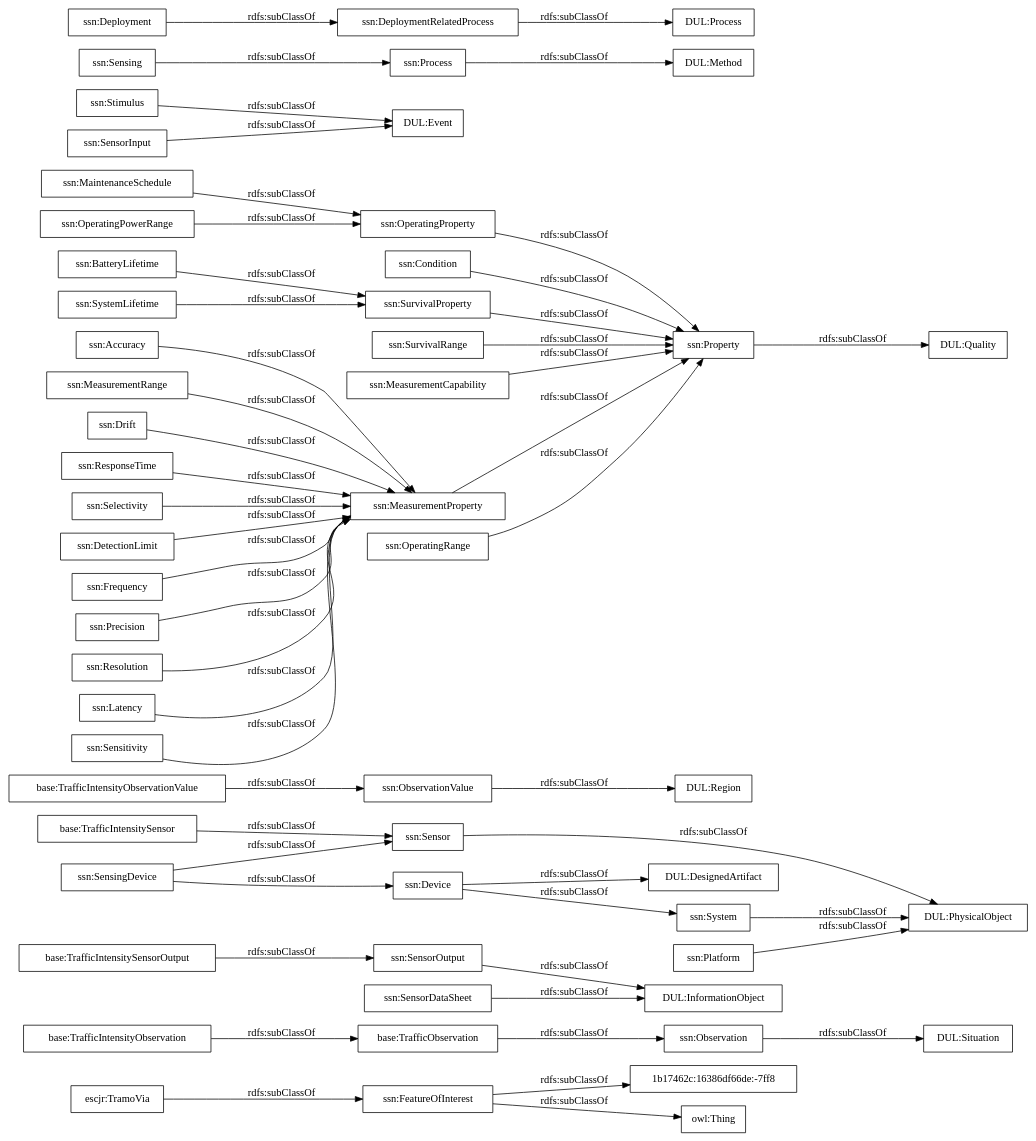
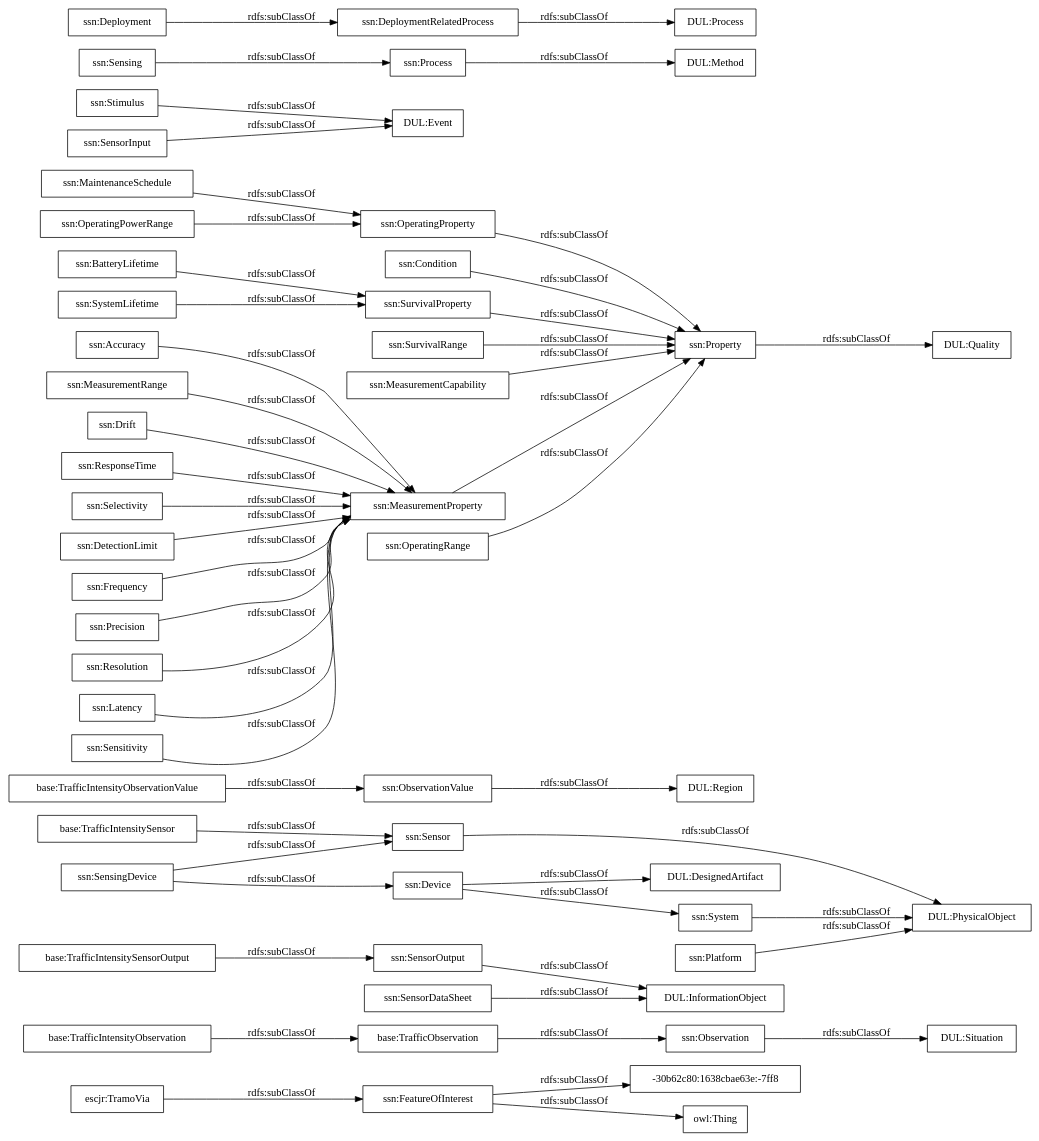
Before and after one commit to ma-garcia/visualization: the diagram in OnToology/transporte-trafico-tiempo-real/trafico.owl/diagrams/ar2dtool-taxonomy/trafico.owl.png.dot, drawn with Graphviz. The commit also changed 21 other files, not shown here.

```diff
--- a/OnToology/transporte-trafico-tiempo-real/trafico.owl/diagrams/ar2dtool-taxonomy/trafico.owl.png.dot
+++ b/OnToology/transporte-trafico-tiempo-real/trafico.owl/diagrams/ar2dtool-taxonomy/trafico.owl.png.dot
@@ -1,54 +1,54 @@
 digraph ar2dtool_diagram { 
 rankdir=LR;
 size="1000"
-node [shape = rectangle, color="black"]; "escjr:TramoVia" "base:TrafficObservation" "base:TrafficIntensitySensorOutput" "base:TrafficIntensitySensor" "base:TrafficIntensityObservationValue" "base:TrafficIntensityObservation" "ssn:Accuracy" "ssn:DetectionLimit" "ssn:Frequency" "ssn:Condition" "DUL:Region" "DUL:Situation" "DUL:PhysicalObject" "ssn:SensorOutput" "ssn:Precision" "ssn:Resolution" "DUL:Quality" "ssn:FeatureOfInterest" "ssn:Sensor" "DUL:InformationObject" "ssn:OperatingProperty" "DUL:Event" "ssn:OperatingPowerRange" "DUL:Method" "ssn:MaintenanceSchedule" "ssn:Sensing" "ssn:Latency" "ssn:SurvivalRange" "ssn:SensingDevice" "DUL:DesignedArtifact" "ssn:Sensitivity" "ssn:Stimulus" "1b17462c:16386df66de:-7ff8" "DUL:Process" "ssn:MeasurementRange" "ssn:System" "ssn:SystemLifetime" "ssn:Property" "ssn:MeasurementProperty" "ssn:Process" "ssn:Deployment" "ssn:MeasurementCapability" "ssn:BatteryLifetime" "ssn:Drift" "ssn:DeploymentRelatedProcess" "ssn:SensorInput" "ssn:ResponseTime" "ssn:ObservationValue" "ssn:SensorDataSheet" "ssn:Observation" "ssn:Selectivity" "ssn:SurvivalProperty" "ssn:Device" "ssn:OperatingRange" "ssn:Platform" ; /*classes style*/
+node [shape = rectangle, color="black"]; "escjr:TramoVia" "base:TrafficObservation" "base:TrafficIntensitySensorOutput" "base:TrafficIntensitySensor" "base:TrafficIntensityObservationValue" "base:TrafficIntensityObservation" "ssn:Accuracy" "ssn:DetectionLimit" "ssn:Frequency" "ssn:Condition" "DUL:Region" "DUL:Situation" "DUL:PhysicalObject" "ssn:SensorOutput" "ssn:Precision" "ssn:Resolution" "DUL:Quality" "ssn:FeatureOfInterest" "ssn:Sensor" "DUL:InformationObject" "ssn:OperatingProperty" "DUL:Event" "ssn:OperatingPowerRange" "DUL:Method" "ssn:MaintenanceSchedule" "ssn:Sensing" "ssn:Latency" "ssn:SurvivalRange" "ssn:SensingDevice" "DUL:DesignedArtifact" "ssn:Sensitivity" "ssn:Stimulus" "DUL:Process" "ssn:MeasurementRange" "ssn:System" "ssn:SystemLifetime" "ssn:Property" "ssn:MeasurementProperty" "ssn:Process" "ssn:Deployment" "ssn:MeasurementCapability" "ssn:BatteryLifetime" "ssn:Drift" "ssn:DeploymentRelatedProcess" "ssn:SensorInput" "ssn:ResponseTime" "ssn:ObservationValue" "ssn:SensorDataSheet" "ssn:Observation" "ssn:Selectivity" "ssn:SurvivalProperty" "ssn:Device" "ssn:OperatingRange" "-30b62c80:1638cbae63e:-7ff8" "ssn:Platform" ; /*classes style*/
 	"ssn:Deployment" -> "ssn:DeploymentRelatedProcess" [ label = "rdfs:subClassOf" ];
 	"ssn:SensingDevice" -> "ssn:Sensor" [ label = "rdfs:subClassOf" ];
 	"ssn:SensingDevice" -> "ssn:Device" [ label = "rdfs:subClassOf" ];
 	"ssn:DeploymentRelatedProcess" -> "DUL:Process" [ label = "rdfs:subClassOf" ];
 	"ssn:Accuracy" -> "ssn:MeasurementProperty" [ label = "rdfs:subClassOf" ];
 	"ssn:FeatureOfInterest" -> "owl:Thing" [ label = "rdfs:subClassOf" ];
-	"ssn:FeatureOfInterest" -> "1b17462c:16386df66de:-7ff8" [ label = "rdfs:subClassOf" ];
+	"ssn:FeatureOfInterest" -> "-30b62c80:1638cbae63e:-7ff8" [ label = "rdfs:subClassOf" ];
 	"ssn:Latency" -> "ssn:MeasurementProperty" [ label = "rdfs:subClassOf" ];
 	"base:TrafficIntensityObservation" -> "base:TrafficObservation" [ label = "rdfs:subClassOf" ];
 	"ssn:Process" -> "DUL:Method" [ label = "rdfs:subClassOf" ];
 	"ssn:Property" -> "DUL:Quality" [ label = "rdfs:subClassOf" ];
 	"ssn:MeasurementProperty" -> "ssn:Property" [ label = "rdfs:subClassOf" ];
 	"ssn:ResponseTime" -> "ssn:MeasurementProperty" [ label = "rdfs:subClassOf" ];
 	"ssn:OperatingRange" -> "ssn:Property" [ label = "rdfs:subClassOf" ];
 	"ssn:MeasurementRange" -> "ssn:MeasurementProperty" [ label = "rdfs:subClassOf" ];
 	"ssn:Stimulus" -> "DUL:Event" [ label = "rdfs:subClassOf" ];
 	"ssn:SurvivalProperty" -> "ssn:Property" [ label = "rdfs:subClassOf" ];
 	"base:TrafficIntensitySensorOutput" -> "ssn:SensorOutput" [ label = "rdfs:subClassOf" ];
 	"ssn:MaintenanceSchedule" -> "ssn:OperatingProperty" [ label = "rdfs:subClassOf" ];
 	"base:TrafficIntensitySensor" -> "ssn:Sensor" [ label = "rdfs:subClassOf" ];
 	"ssn:SensorInput" -> "DUL:Event" [ label = "rdfs:subClassOf" ];
 	"ssn:Sensitivity" -> "ssn:MeasurementProperty" [ label = "rdfs:subClassOf" ];
 	"ssn:Drift" -> "ssn:MeasurementProperty" [ label = "rdfs:subClassOf" ];
 	"ssn:System" -> "DUL:PhysicalObject" [ label = "rdfs:subClassOf" ];
 	"ssn:Resolution" -> "ssn:MeasurementProperty" [ label = "rdfs:subClassOf" ];
 	"ssn:Precision" -> "ssn:MeasurementProperty" [ label = "rdfs:subClassOf" ];
 	"escjr:TramoVia" -> "ssn:FeatureOfInterest" [ label = "rdfs:subClassOf" ];
 	"ssn:DetectionLimit" -> "ssn:MeasurementProperty" [ label = "rdfs:subClassOf" ];
 	"ssn:Sensor" -> "DUL:PhysicalObject" [ label = "rdfs:subClassOf" ];
 	"ssn:SensorDataSheet" -> "DUL:InformationObject" [ label = "rdfs:subClassOf" ];
 	"ssn:OperatingPowerRange" -> "ssn:OperatingProperty" [ label = "rdfs:subClassOf" ];
 	"ssn:ObservationValue" -> "DUL:Region" [ label = "rdfs:subClassOf" ];
 	"base:TrafficObservation" -> "ssn:Observation" [ label = "rdfs:subClassOf" ];
 	"ssn:Device" -> "DUL:DesignedArtifact" [ label = "rdfs:subClassOf" ];
 	"ssn:Device" -> "ssn:System" [ label = "rdfs:subClassOf" ];
 	"ssn:Platform" -> "DUL:PhysicalObject" [ label = "rdfs:subClassOf" ];
 	"ssn:OperatingProperty" -> "ssn:Property" [ label = "rdfs:subClassOf" ];
 	"ssn:Selectivity" -> "ssn:MeasurementProperty" [ label = "rdfs:subClassOf" ];
 	"ssn:BatteryLifetime" -> "ssn:SurvivalProperty" [ label = "rdfs:subClassOf" ];
 	"ssn:Observation" -> "DUL:Situation" [ label = "rdfs:subClassOf" ];
 	"ssn:Sensing" -> "ssn:Process" [ label = "rdfs:subClassOf" ];
 	"base:TrafficIntensityObservationValue" -> "ssn:ObservationValue" [ label = "rdfs:subClassOf" ];
 	"ssn:SystemLifetime" -> "ssn:SurvivalProperty" [ label = "rdfs:subClassOf" ];
 	"ssn:SurvivalRange" -> "ssn:Property" [ label = "rdfs:subClassOf" ];
 	"ssn:SensorOutput" -> "DUL:InformationObject" [ label = "rdfs:subClassOf" ];
 	"ssn:Frequency" -> "ssn:MeasurementProperty" [ label = "rdfs:subClassOf" ];
 	"ssn:Condition" -> "ssn:Property" [ label = "rdfs:subClassOf" ];
 	"ssn:MeasurementCapability" -> "ssn:Property" [ label = "rdfs:subClassOf" ];
 
 }
```
